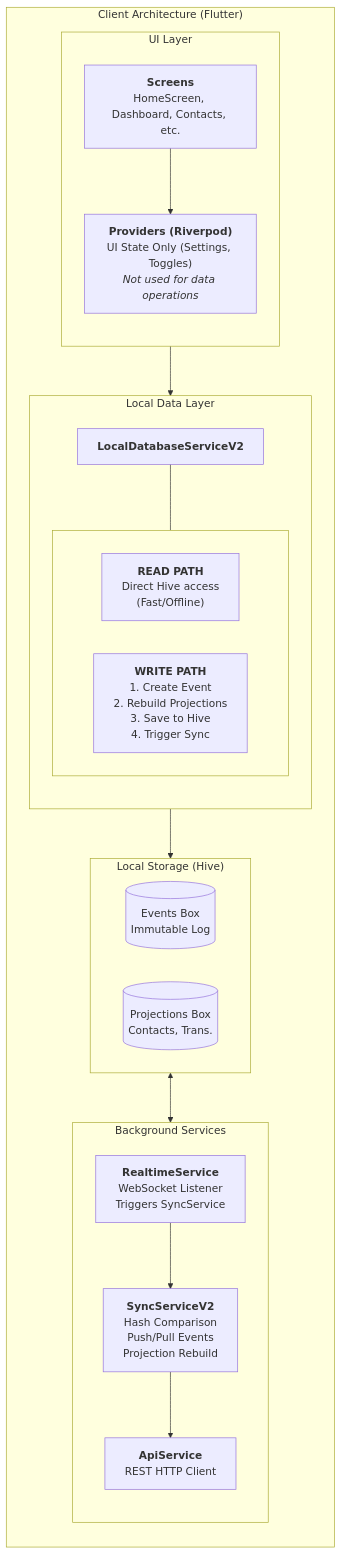
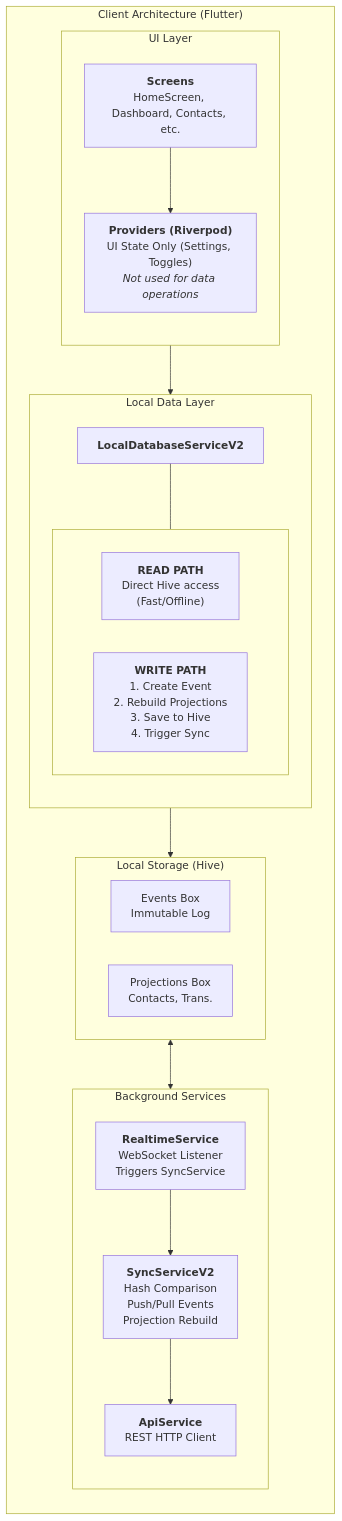
Before and after one commit to dark-cli/deptmaster: the second of 2 diagrams in docs/ARCHITECTURE.md, drawn with Mermaid. The commit also changed other lines of this file, not shown here.

Commit message:
docs: simplify Mermaid diagram shapes to simple boxes

````diff
--- a/docs/ARCHITECTURE.md
+++ b/docs/ARCHITECTURE.md
@@ -170,51 +170,51 @@
 ```mermaid
 graph TD
     subgraph Client_Arch ["Client Architecture (Flutter)"]
         direction TB
 
         %% UI LAYER
         subgraph UI_Layer ["UI Layer"]
             direction TB
             Screens["<b>Screens</b><br/>HomeScreen, Dashboard, Contacts, etc."]
             Providers["<b>Providers (Riverpod)</b><br/>UI State Only (Settings, Toggles)<br/><i>Not used for data operations</i>"]
             Screens --> Providers
         end
 
         %% LOCAL DATA LAYER
         subgraph Local_Data ["Local Data Layer"]
             direction TB
             DB_Service["<b>LocalDatabaseServiceV2</b>"]
             
             subgraph Paths [" "]
                 direction LR
                 ReadPath["<b>READ PATH</b><br/>Direct Hive access<br/>(Fast/Offline)"]
                 WritePath["<b>WRITE PATH</b><br/>1. Create Event<br/>2. Rebuild Projections<br/>3. Save to Hive<br/>4. Trigger Sync"]
             end
             
             DB_Service --- Paths
         end
 
         %% STORAGE
         subgraph Hive_Storage ["Local Storage (Hive)"]
             direction LR
-            EventsBox[("Events Box<br/>Immutable Log")]
-            ProjectionsBox[("Projections Box<br/>Contacts, Trans.")]
+            EventsBox["Events Box<br/>Immutable Log"]
+            ProjectionsBox["Projections Box<br/>Contacts, Trans."]
         end
 
         %% BACKGROUND SERVICES
         subgraph Background_Services ["Background Services"]
             direction TB
             Sync_Service["<b>SyncServiceV2</b><br/>Hash Comparison<br/>Push/Pull Events<br/>Projection Rebuild"]
             Realtime_Service["<b>RealtimeService</b><br/>WebSocket Listener<br/>Triggers SyncService"]
             Api_Service["<b>ApiService</b><br/>REST HTTP Client"]
             
             Realtime_Service --> Sync_Service
             Sync_Service --> Api_Service
         end
 
         %% Flow Connections
         UI_Layer --> Local_Data
         Local_Data --> Hive_Storage
         Hive_Storage <--> Background_Services
     end
 ```
````
